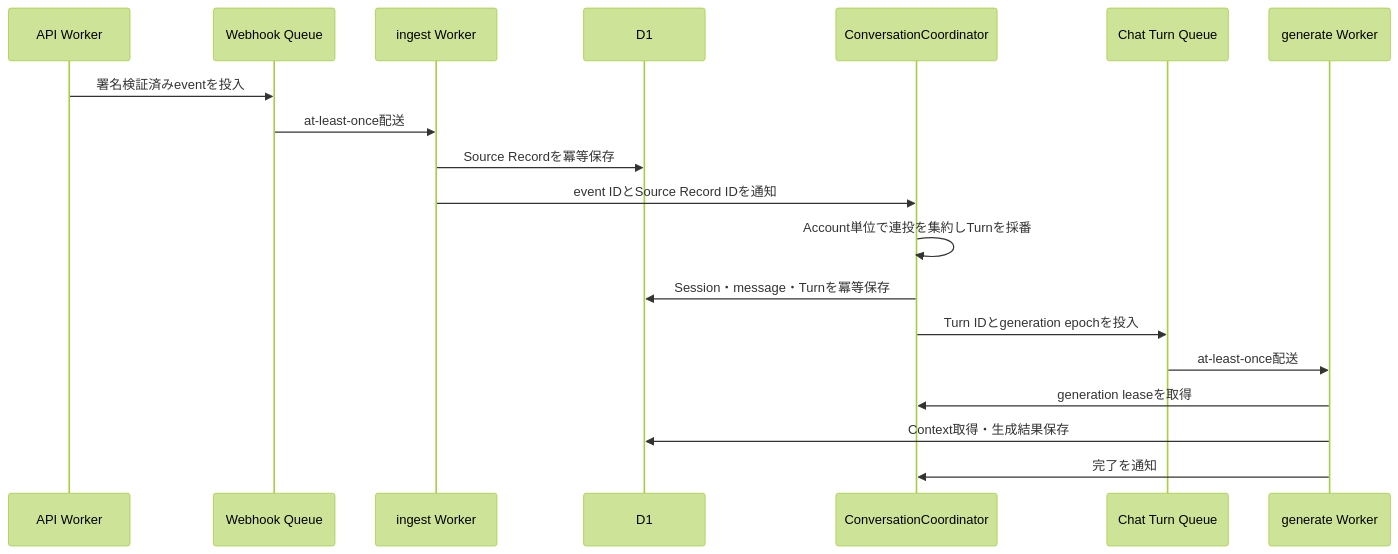
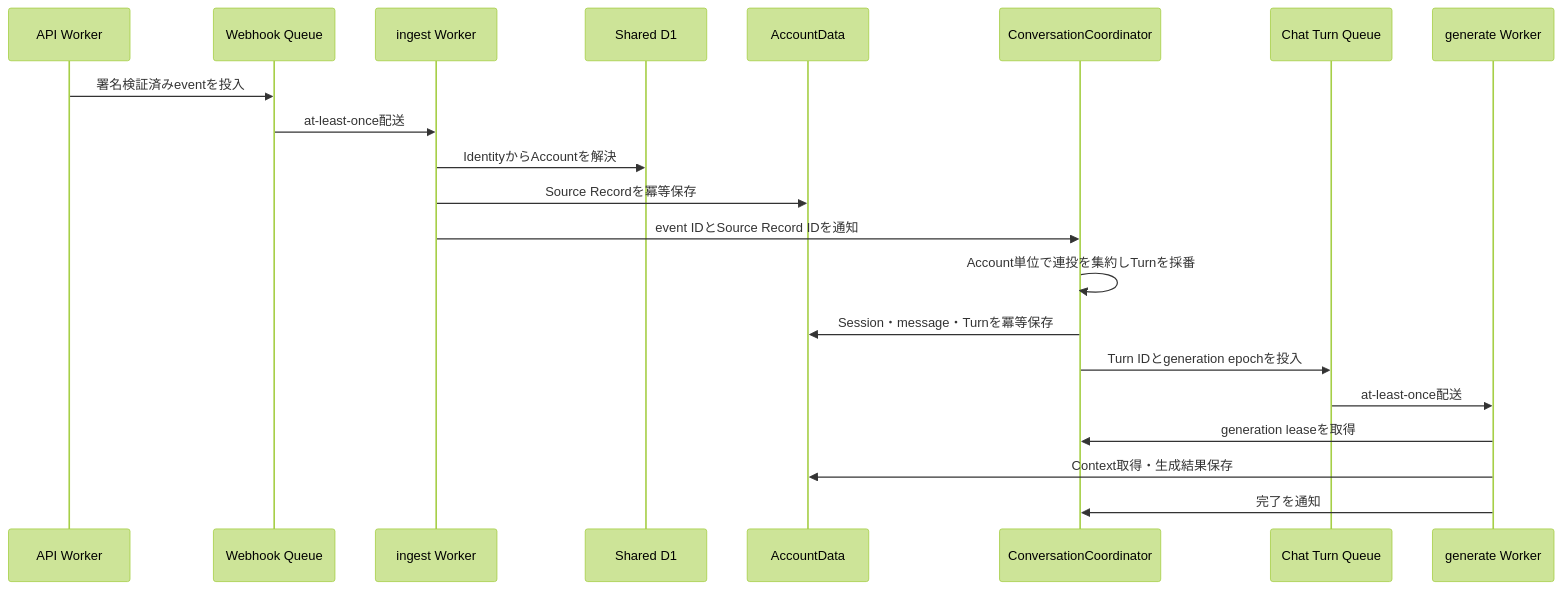
The second of 7 diagrams in docs/architecture/diary-chat-implementation-design.md (kkyosuke/me-builder), drawn with Mermaid (forest theme) before and after one commit. The commit also changed other lines of this file and 69 other files, not shown here.

````diff
--- a/docs/architecture/diary-chat-implementation-design.md
+++ b/docs/architecture/diary-chat-implementation-design.md
@@ -88,22 +89,24 @@
 ```mermaid
 sequenceDiagram
     participant API as API Worker
     participant WQ as Webhook Queue
     participant IW as ingest Worker
-    participant D1
+    participant D1 as Shared D1
+    participant AD as AccountData
     participant DO as ConversationCoordinator
     participant TQ as Chat Turn Queue
     participant GW as generate Worker
 
     API->>WQ: 署名検証済みeventを投入
     WQ->>IW: at-least-once配送
-    IW->>D1: Source Recordを冪等保存
+    IW->>D1: IdentityからAccountを解決
+    IW->>AD: Source Recordを冪等保存
     IW->>DO: event IDとSource Record IDを通知
     DO->>DO: Account単位で連投を集約しTurnを採番
-    DO->>D1: Session・message・Turnを冪等保存
+    DO->>AD: Session・message・Turnを冪等保存
     DO->>TQ: Turn IDとgeneration epochを投入
     TQ->>GW: at-least-once配送
     GW->>DO: generation leaseを取得
-    GW->>D1: Context取得・生成結果保存
+    GW->>AD: Context取得・生成結果保存
     GW->>DO: 完了を通知
 ```
````
